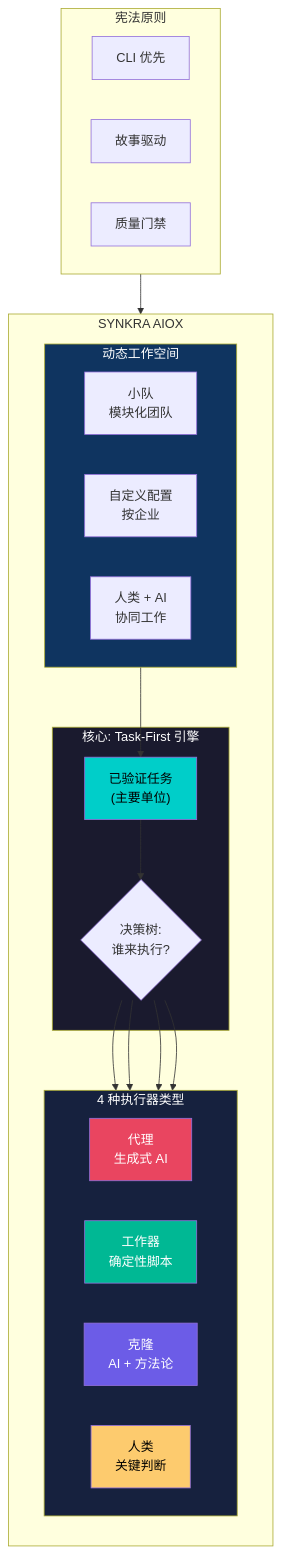
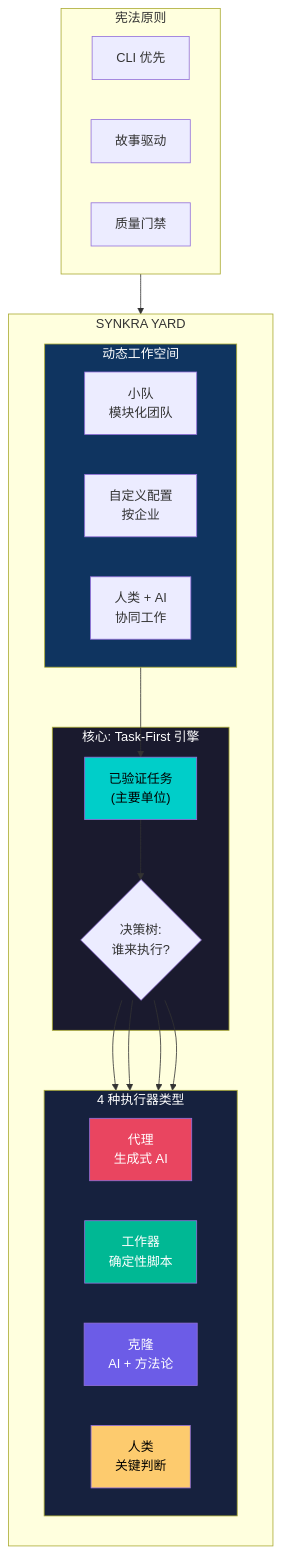
Before and after one commit to ernesto-langa/yard-core: the first of 12 diagrams in docs/zh/architecture/AIOX-VISUAL-OVERVIEW.md, drawn with Mermaid. The commit also changed other lines of this file and 529 other files, not shown here.

````diff
--- a/docs/zh/architecture/AIOX-VISUAL-OVERVIEW.md
+++ b/docs/zh/architecture/AIOX-VISUAL-OVERVIEW.md
@@ -33,50 +33,50 @@
 ```mermaid
 flowchart TB
-    subgraph AIOX["SYNKRA AIOX"]
+    subgraph YARD["SYNKRA YARD"]
         direction TB
 
         subgraph CORE["核心: Task-First 引擎"]
             TASK["已验证任务<br/>(主要单位)"]
             DECISION{"决策树:<br/>谁来执行?"}
         end
 
         subgraph EXECUTORS["4 种执行器类型"]
             direction LR
             AGENT["代理<br/>生成式 AI"]
             WORKER["工作器<br/>确定性脚本"]
             CLONE["克隆<br/>AI + 方法论"]
             HUMAN["人类<br/>关键判断"]
         end
 
         subgraph WORKSPACE["动态工作空间"]
             direction LR
             SQUADS["小队<br/>模块化团队"]
             CONFIG["自定义配置<br/>按企业"]
             COLLAB["人类 + AI<br/>协同工作"]
         end
     end
 
     subgraph PRINCIPLES["宪法原则"]
         CLI["CLI 优先"]
         STORY["故事驱动"]
         QUALITY["质量门禁"]
     end
 
     TASK --> DECISION
     DECISION --> AGENT
     DECISION --> WORKER
     DECISION --> CLONE
     DECISION --> HUMAN
 
     WORKSPACE --> TASK
-    PRINCIPLES --> AIOX
+    PRINCIPLES --> YARD
 
     style CORE fill:#1a1a2e,color:#fff
     style EXECUTORS fill:#16213e,color:#fff
     style WORKSPACE fill:#0f3460,color:#fff
     style AGENT fill:#e94560,color:#fff
     style WORKER fill:#00b894,color:#fff
     style CLONE fill:#6c5ce7,color:#fff
     style HUMAN fill:#fdcb6e,color:#000
     style TASK fill:#00cec9,color:#000
 ```
````
